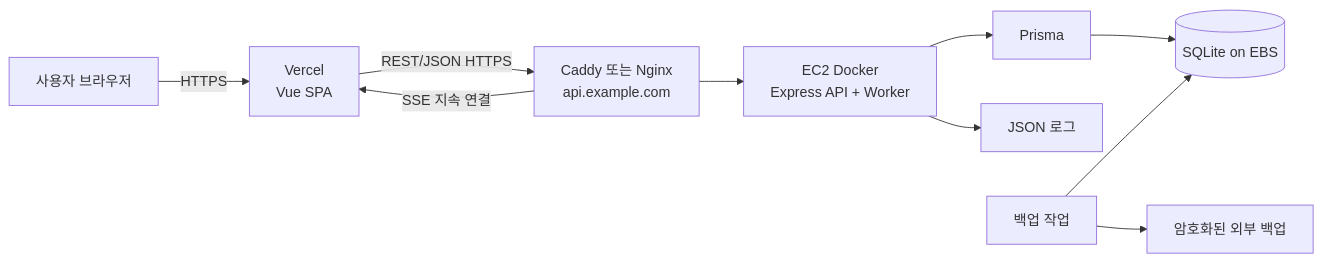
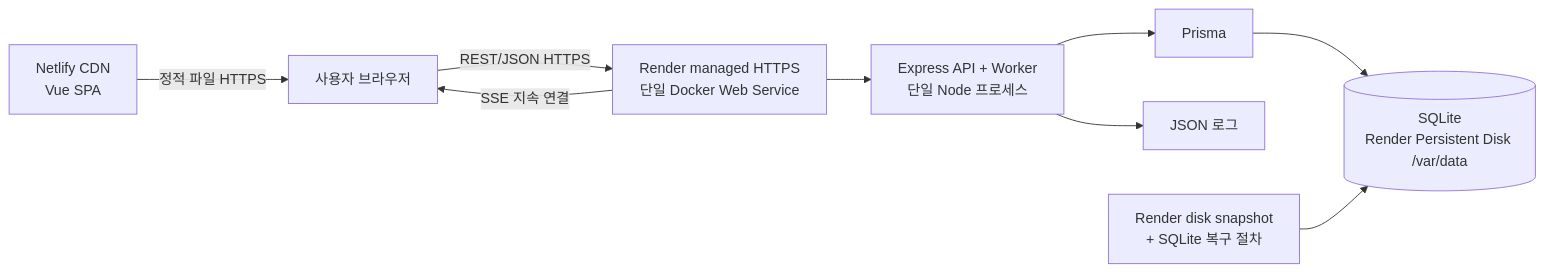
The third of 5 diagrams in docs/system-design.md (SsaBob-Eleven/SsaBob-Eleven), drawn with Mermaid before and after one commit. The commit also changed other lines of this file and 6 other files, not shown here.

Commit message:
docs: update deployment for Netlify and Render

````diff
--- a/docs/system-design.md
+++ b/docs/system-design.md
@@ -138,12 +138,11 @@
 ```mermaid
 flowchart LR
-    U["사용자 브라우저"] -->|HTTPS| V["Vercel\nVue SPA"]
-    V -->|REST/JSON HTTPS| C["Caddy 또는 Nginx\napi.example.com"]
-    C -->|SSE 지속 연결| V
-    C --> E["EC2 Docker\nExpress API + Worker"]
+    N["Netlify CDN\nVue SPA"] -->|정적 파일 HTTPS| U["사용자 브라우저"]
+    U -->|REST/JSON HTTPS| R["Render managed HTTPS\n단일 Docker Web Service"]
+    R -->|SSE 지속 연결| U
+    R --> E["Express API + Worker\n단일 Node 프로세스"]
     E --> P["Prisma"]
-    P --> D[("SQLite on EBS")]
+    P --> D[("SQLite\nRender Persistent Disk /var/data")]
     E --> L["JSON 로그"]
-    B["백업 작업"] --> D
-    B --> O["암호화된 외부 백업"]
+    S["Render disk snapshot\n+ SQLite 복구 절차"] --> D
 ```
````
